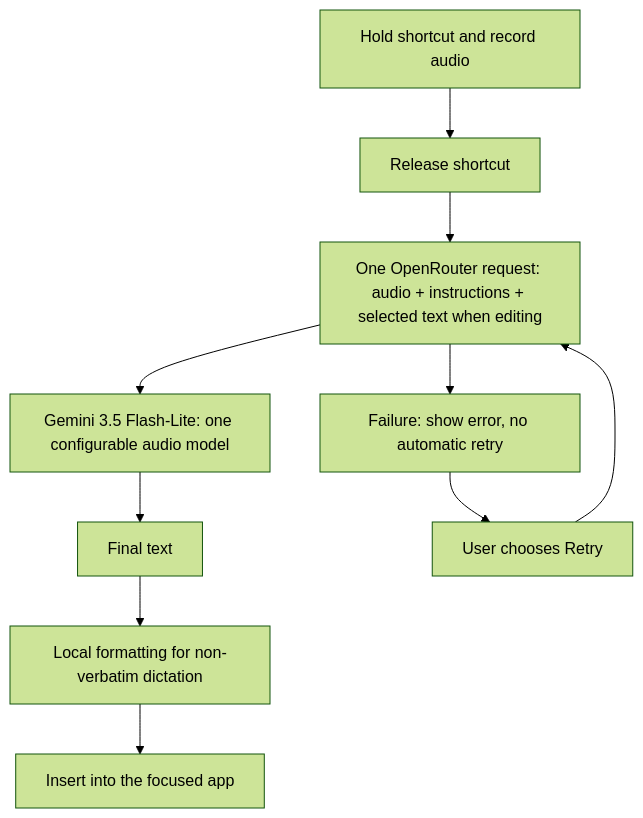
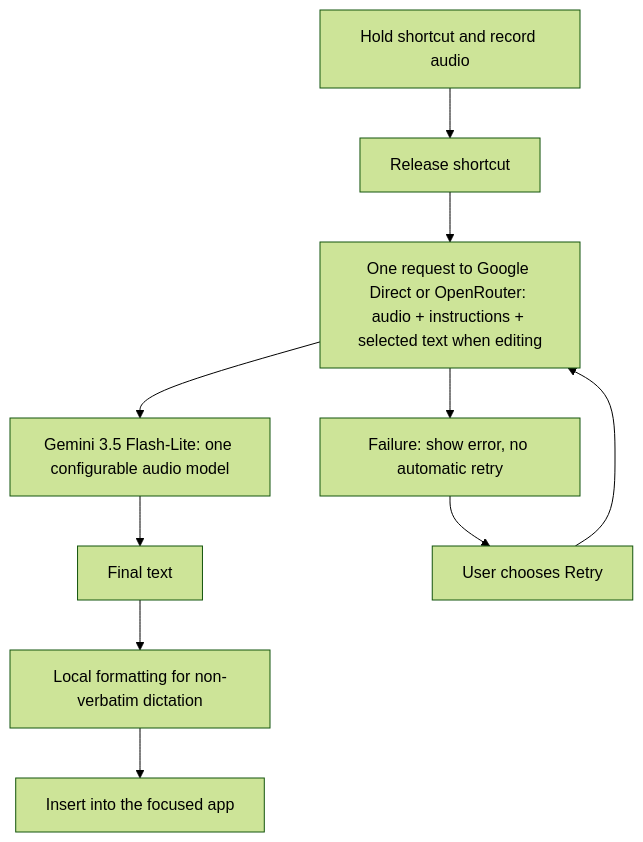
Before and after one commit to imhimansu28/ChatterKey: the diagram in README.md, drawn with Mermaid (forest theme). The commit also changed other lines of this file and 10 other files, not shown here.

Commit message:
Add Google Direct Gemini connection with isolated provider settings

````diff
--- a/README.md
+++ b/README.md
@@ -117,12 +129,12 @@
 ```mermaid
 flowchart TD
     A["Hold shortcut and record audio"] --> B["Release shortcut"]
-    B --> C["One OpenRouter request: audio + instructions + selected text when editing"]
+    B --> C["One request to Google Direct or OpenRouter: audio + instructions + selected text when editing"]
     C --> D["Gemini 3.5 Flash-Lite: one configurable audio model"]
     D --> E["Final text"]
     E --> F["Local formatting for non-verbatim dictation"]
     F --> G["Insert into the focused app"]
     C --> H["Failure: show error, no automatic retry"]
     H --> I["User chooses Retry"]
     I --> C
 ```
````
